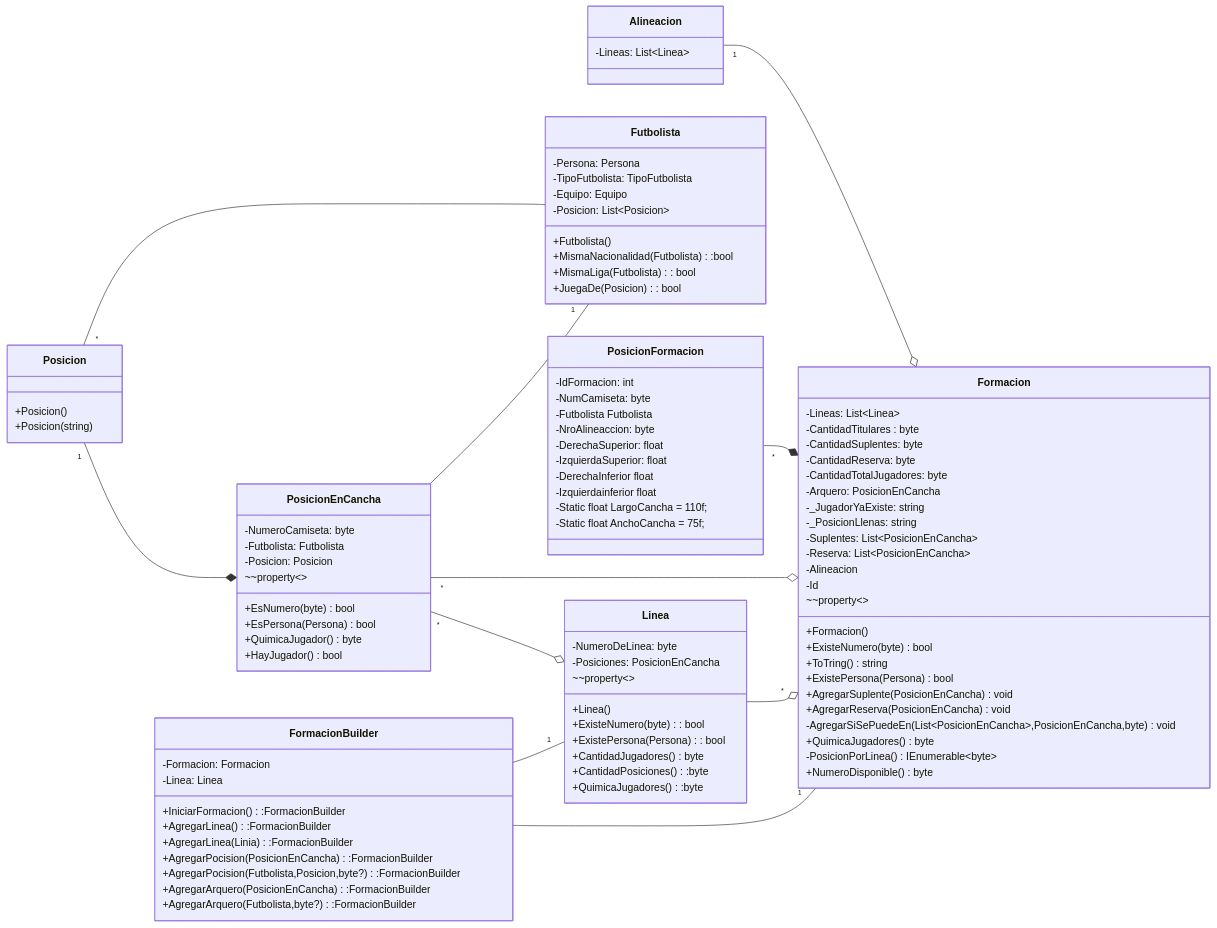
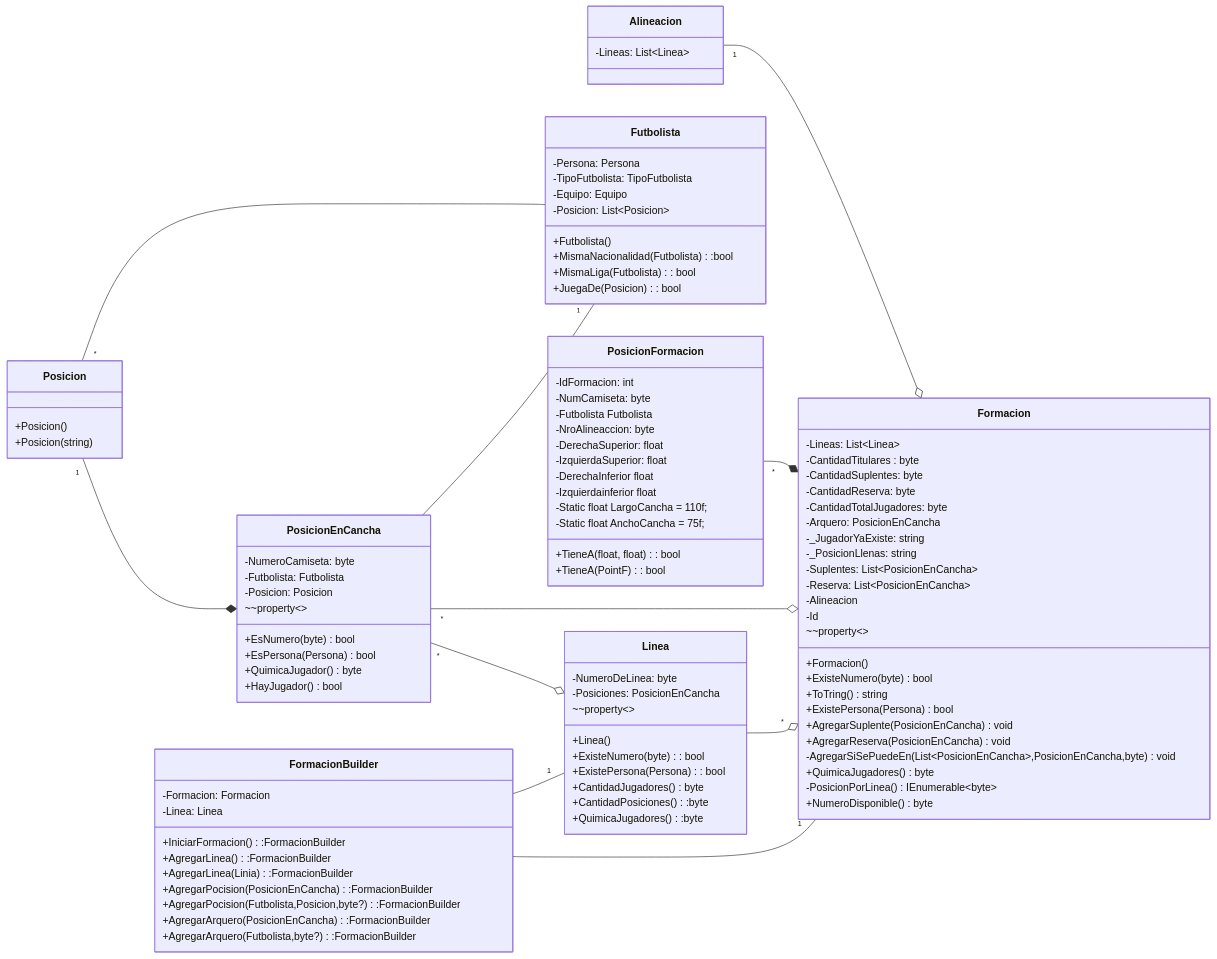
The diagram in src/Fulbo12.Core/Formacion/README.md (josesinio/Fulbo12), drawn with Mermaid before and after one commit.

```diff
--- a/src/Fulbo12.Core/Formacion/README.md
+++ b/src/Fulbo12.Core/Formacion/README.md
@@ -108,7 +108,8 @@
       -Izquierdainferior float 
       -Static  float LargoCancha = 110f;
       -Static  float AnchoCancha = 75f;
-      
+      +TieneA( float,  float) : bool
+      +TieneA(PointF) : bool 
 
 
       }
```
